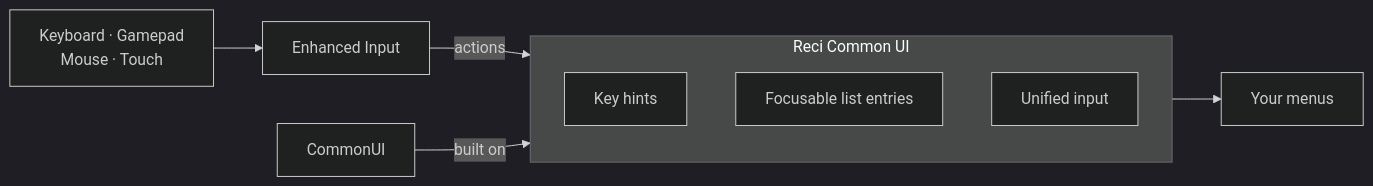
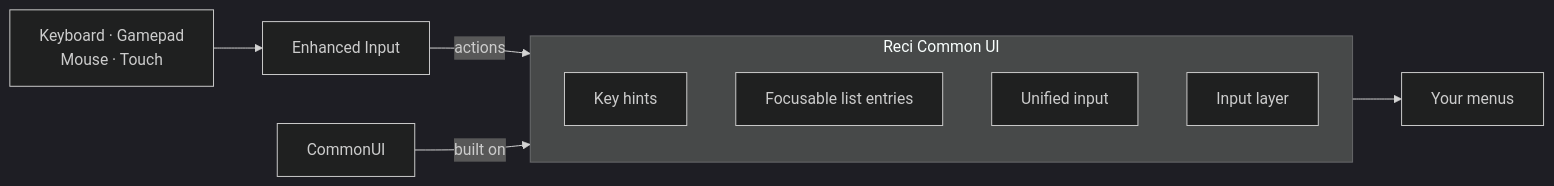
One commit to shjh3117/ReciCommonUI changed the diagram in README.md. Above: the diagram before and after it, drawn with Mermaid (dark theme). The commit also changed other lines of this file and 3 other files, not shown here.

````diff
--- a/README.md
+++ b/README.md
@@ -19,13 +24,14 @@
 ```mermaid
 flowchart LR
   Devices["Keyboard · Gamepad<br/>Mouse · Touch"] --> EI["Enhanced Input"]
   EI -->|actions| Reci
   CommonUI["CommonUI"] -->|built on| Reci
   subgraph Reci["Reci Common UI"]
     direction TB
     Hints["Key hints"]
     Lists["Focusable list entries"]
     Input["Unified input"]
+    Layer["Input layer"]
   end
   Reci --> Menus["Your menus"]
 ```
````
